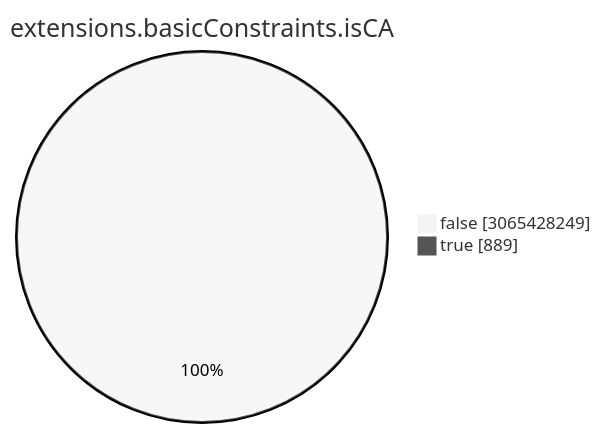
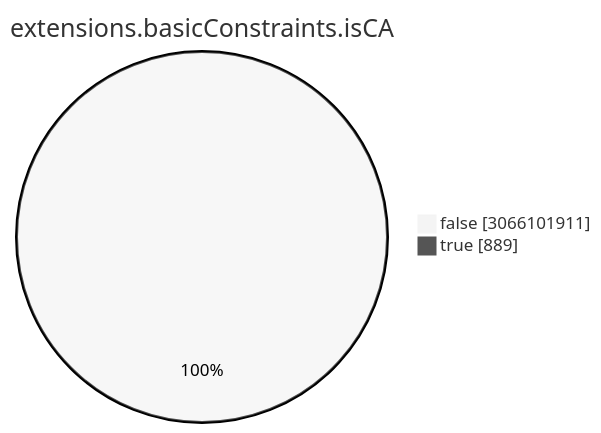
Before and after one commit to christiankrug/ctmonitor_visualization: the seventh of 15 diagrams in TOTAL/README.md, drawn with Mermaid (neutral theme). The commit also changed other lines of this file, not shown here.

````diff
--- a/TOTAL/README.md
+++ b/TOTAL/README.md
@@ -3086,6 +3086,6 @@
 ```mermaid
 pie showData
 title extensions.basicConstraints.isCA
-"false" :3065428249
+"false" :3066101911
 "true" :889
 ```
````
